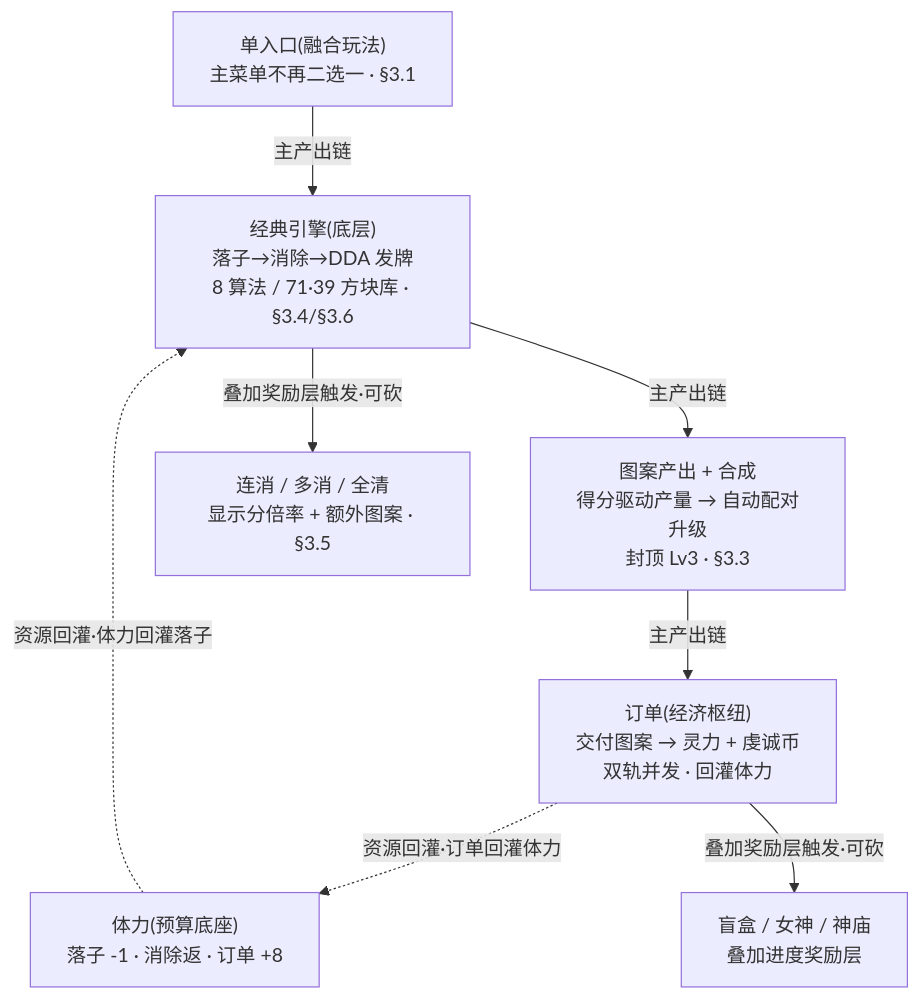
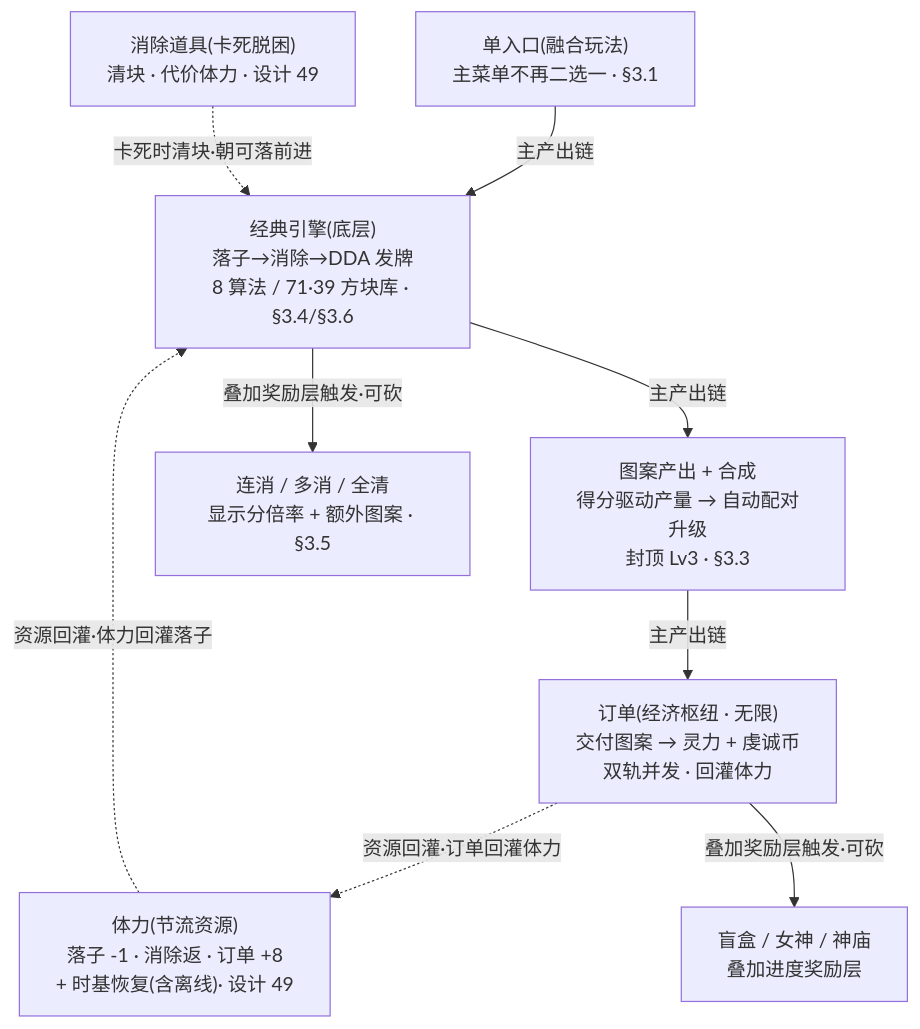
The diagram in UnityProject/design-docs/29-gameplay-fusion.md (zhoupeng921101/TEngine_zp), drawn with Mermaid before and after one commit. The commit also changed other lines of this file and 5 other files, not shown here.

````diff
--- a/UnityProject/design-docs/29-gameplay-fusion.md
+++ b/UnityProject/design-docs/29-gameplay-fusion.md
@@ -49,17 +52,19 @@
 ```mermaid
 flowchart TD
     a1["单入口(融合玩法)<br/>主菜单不再二选一 · §3.1"]
     eng["经典引擎(底层)<br/>落子→消除→DDA 发牌<br/>8 算法 / 71·39 方块库 · §3.4/§3.6"]
-    en["体力(预算底座)<br/>落子 -1 · 消除返 · 订单 +8"]
+    en["体力(节流资源)<br/>落子 -1 · 消除返 · 订单 +8<br/>+ 时基恢复(含离线)· 设计 49"]
     pat["图案产出 + 合成<br/>得分驱动产量 → 自动配对升级<br/>封顶 Lv3 · §3.3"]
-    ord["订单(经济枢纽)<br/>交付图案 → 灵力 + 虔诚币<br/>双轨并发 · 回灌体力"]
+    ord["订单(经济枢纽 · 无限)<br/>交付图案 → 灵力 + 虔诚币<br/>双轨并发 · 回灌体力"]
     combo["连消 / 多消 / 全清<br/>显示分倍率 + 额外图案 · §3.5"]
     box["盲盒 / 女神 / 神庙<br/>叠加进度奖励层"]
+    tool["消除道具(卡死脱困)<br/>清块 · 代价体力 · 设计 49"]
     a1 -->|主产出链| eng
     eng -->|主产出链| pat
     pat -->|主产出链| ord
     en -.->|资源回灌·体力回灌落子| eng
     ord -.->|资源回灌·订单回灌体力| en
+    tool -.->|卡死时清块·朝可落前进| eng
     eng -->|叠加奖励层触发·可砍| combo
     ord -->|叠加奖励层触发·可砍| box
 ```
````
